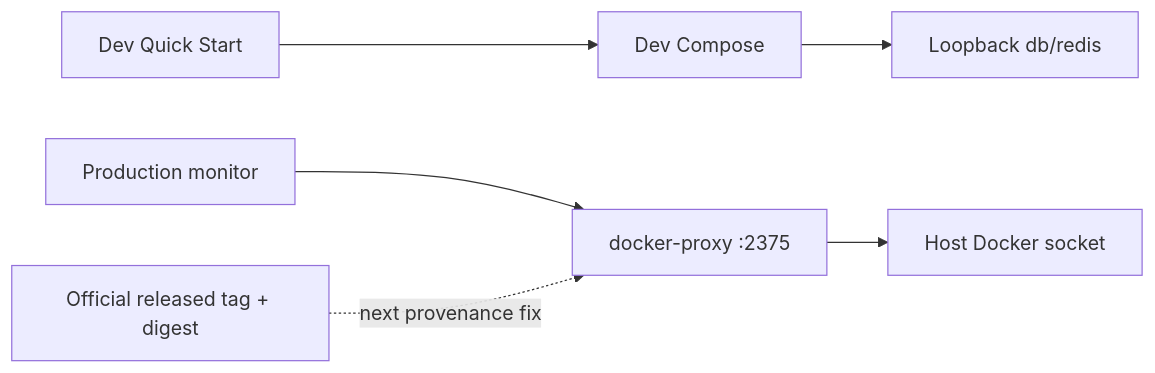
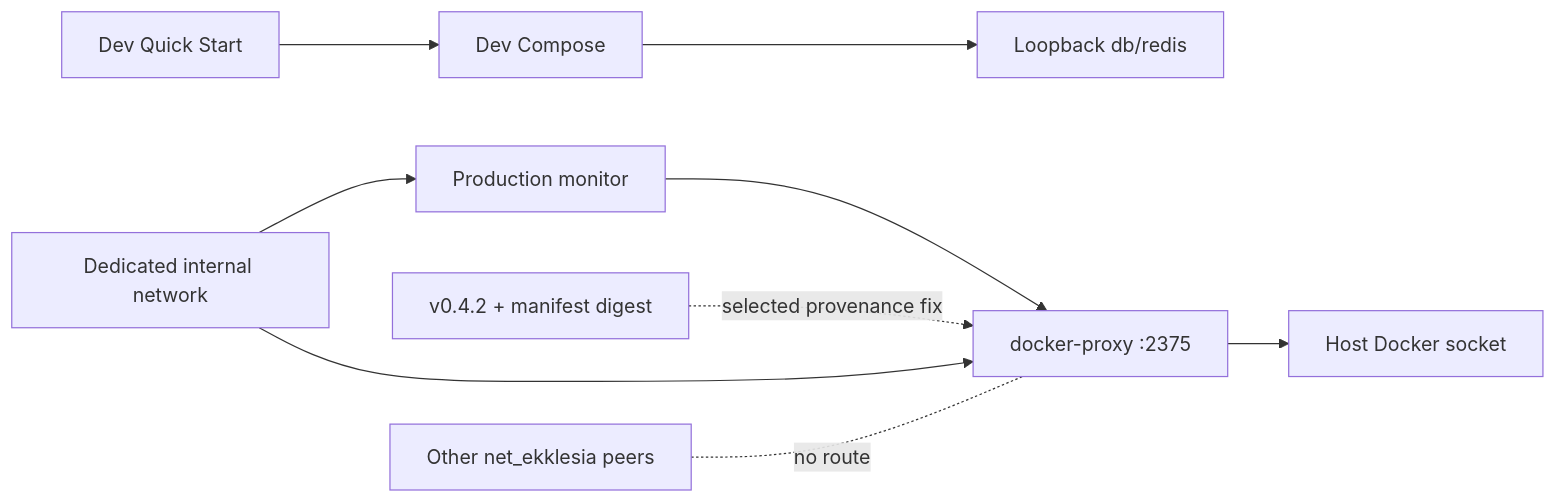
Before and after one commit to NeaBouli/pnyx: the diagram in docs/architecture/MAP.md, drawn with Mermaid. The commit also changed other lines of this file and 6 other files, not shown here.

Commit message:
docs(architecture): select EKA-13 isolation boundary

````diff
--- a/docs/architecture/MAP.md
+++ b/docs/architecture/MAP.md
@@ -92,8 +94,11 @@
 ```mermaid
 flowchart LR
   D[Dev Quick Start] --> DC[Dev Compose]
   DC --> L[Loopback db/redis]
   M[Production monitor] --> P[docker-proxy :2375]
   P --> S[Host Docker socket]
-  R[Official released tag + digest] -. next provenance fix .-> P
+  R[v0.4.2 + manifest digest] -. selected provenance fix .-> P
+  N[Dedicated internal network] --> M
+  N --> P
+  X[Other net_ekklesia peers] -. no route .- P
 ```
````
